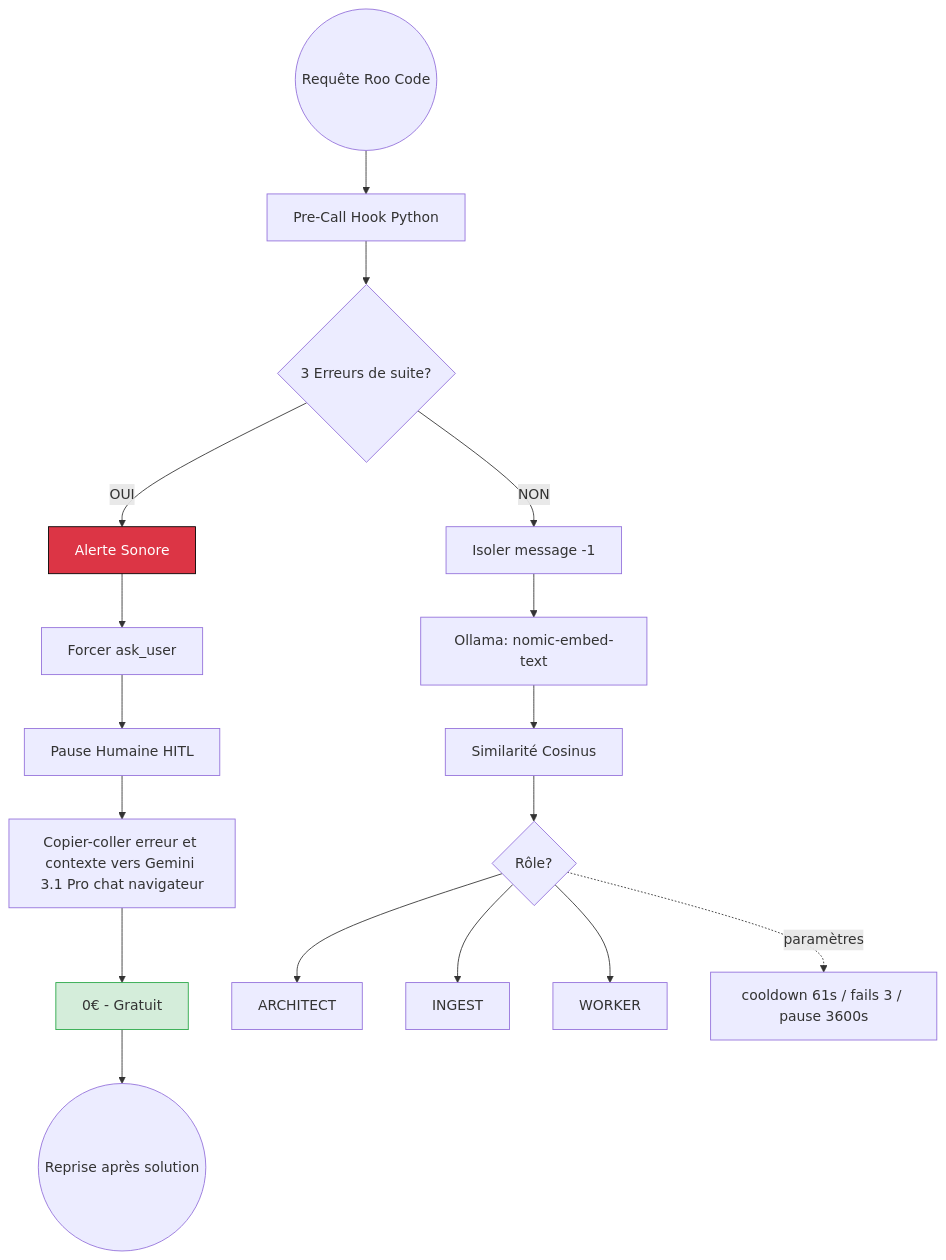
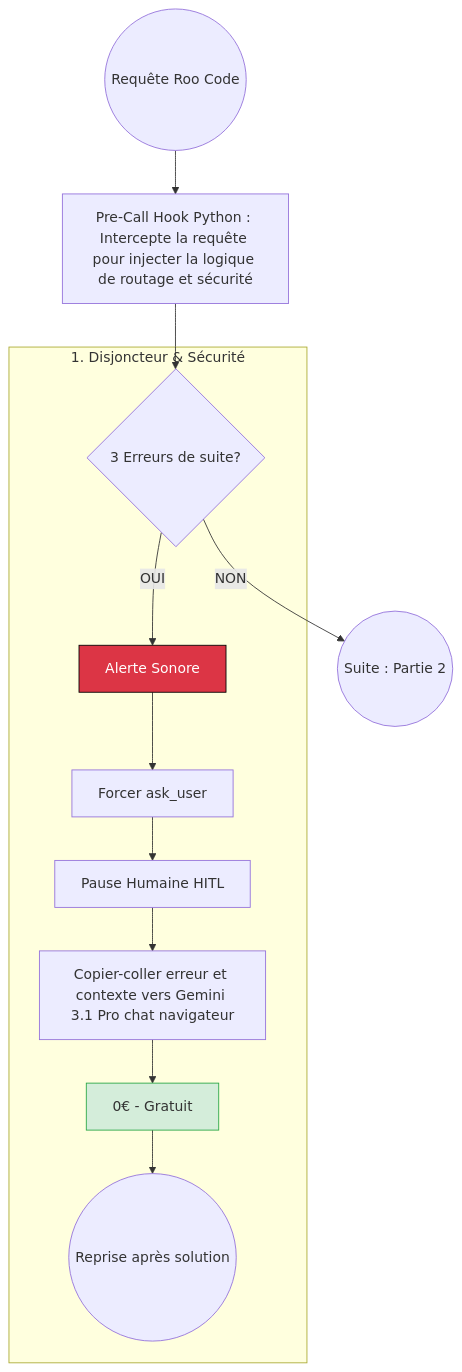
One commit to nghiaphan31/albert-agile changed the first of 4 diagrams in specs/plans/Strategie_Routage_Intelligent_Proposition_Gemini.md. Above: the diagram before and after it, drawn with Mermaid. The commit also changed other lines of this file, not shown here.

First line of the commit message:
docs(specs): flux principal scindé en 2 diagrammes Mermaid

````diff
--- a/specs/plans/Strategie_Routage_Intelligent_Proposition_Gemini.md
+++ b/specs/plans/Strategie_Routage_Intelligent_Proposition_Gemini.md
@@ -71,21 +71,19 @@
 ```mermaid
 flowchart TD
-    Start((Requête Roo Code)) --> Hook[Pre-Call Hook Python]
+    Start((Requête Roo Code)) --> Hook[Pre-Call Hook Python : Intercepte la requête pour injecter la logique de routage et sécurité]
     Hook --> CheckLoop{3 Erreurs de suite?}
-    CheckLoop -- OUI --> Alarm[Alerte Sonore]
-    Alarm --> ForceStop[Forcer ask_user]
-    ForceStop --> PauseHumaine["Pause Humaine HITL"]
-    PauseHumaine --> CopyPaste["Copier-coller erreur et contexte vers Gemini 3.1 Pro chat navigateur"]
-    CopyPaste --> Gratuit["0€ - Gratuit"]
-    Gratuit --> End1((Reprise après solution))
-    CheckLoop -- NON --> Embed[Isoler message -1]
-    Embed --> Ollama[Ollama: nomic-embed-text]
-    Ollama --> Logic[Similarité Cosinus]
-    Logic --> Classify{Rôle?}
-    Classify --> Arc[ARCHITECT]
-    Classify --> Ing[INGEST]
-    Classify --> Wor[WORKER]
-    Classify -.->|paramètres| Router[cooldown 61s / fails 3 / pause 3600s]
+
+    subgraph Securite_HITL [1. Disjoncteur & Sécurité]
+        CheckLoop -- OUI --> Alarm[Alerte Sonore]
+        Alarm --> ForceStop[Forcer ask_user]
+        ForceStop --> PauseHumaine["Pause Humaine HITL"]
+        PauseHumaine --> CopyPaste["Copier-coller erreur et contexte vers Gemini 3.1 Pro chat navigateur"]
+        CopyPaste --> Gratuit["0€ - Gratuit"]
+        Gratuit --> End1((Reprise après solution))
+    end
+
+    CheckLoop -- NON --> Suite((Suite : Partie 2))
+
     style Alarm fill:#dc3545,stroke:#000,color:#fff
     style Gratuit fill:#d4edda,stroke:#28a745
 ```
````
